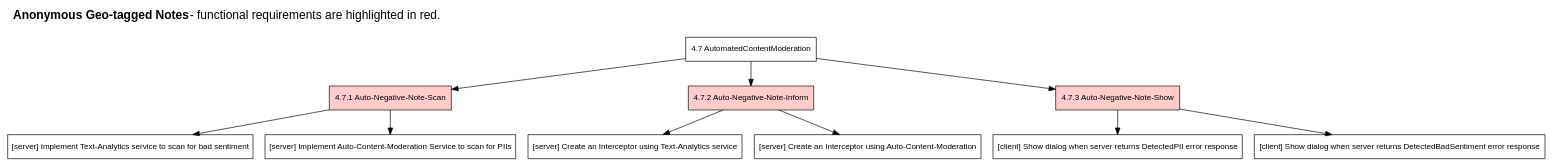
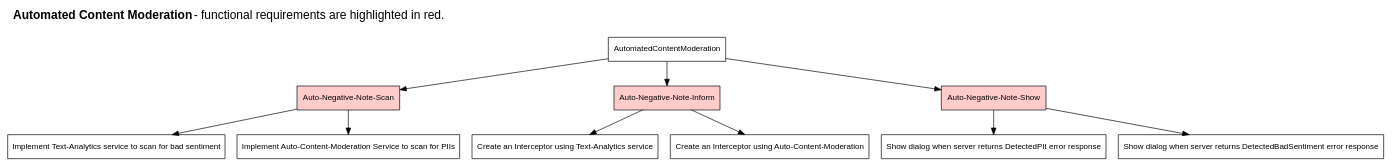
Before and after one commit to tamaramicevic/Invisible-Ink: the diagram in docs/work_breakdown_structure/sf4.7.dot, drawn with Graphviz. The commit also changed 7 other files, not shown here.

Commit message:
Updated dot files & png files for WBS to remove all [client/[server] additions and any numbers referencing the System Features for readability and consistency

```diff
--- a/docs/work_breakdown_structure/sf4.7.dot
+++ b/docs/work_breakdown_structure/sf4.7.dot
@@ -1,41 +1,41 @@
 /*
 Automated Content Moderation:
 Auto-Negative-Note-Scan:    The server will need to scan the note’s contents to compare 
                             and decide whether it is appropriate enough to store and 
                             display to other users
 
 Auto-Negative-Note-Inform:  The server should inform the client if the content was deemed 
                             inappropriate
 
 Auto-Negative-Note-Show:    The client should inform the user that their note was not uploaded 
                             due to the note’s content containing inappropriate content
 */
 
 digraph
 {
     fontsize = 18
     fontname = Arial
     labelloc = "t"
     labeljust = "l"
     rankdir="TB"
 
     // System feature title
-    label = <<b>Anonymous Geo-tagged Notes</b> - functional requirements are highlighted in red.<br/><br/>>
+    label = <<b>Automated Content Moderation</b> - functional requirements are highlighted in red.<br/><br/>>
 
     overlap="compress"
-    node [shape=record fontname=Arial fontsize=12 fillcolor="lightblue"] "4.7 AutomatedContentModeration";  // System Reqs
+    node [shape=record fontname=Arial fontsize=12 fillcolor="lightblue"] "AutomatedContentModeration";  // System Reqs
     node [style=filled fillcolor="#FFCCCC"]
-    "4.7.1 Auto-Negative-Note-Scan" 
-    "4.7.2 Auto-Negative-Note-Inform" 
-    "4.7.3 Auto-Negative-Note-Show";                              
-    "4.7 AutomatedContentModeration" -> "4.7.1 Auto-Negative-Note-Scan";
-    "4.7 AutomatedContentModeration" -> "4.7.2 Auto-Negative-Note-Inform";
-    "4.7 AutomatedContentModeration" -> "4.7.3 Auto-Negative-Note-Show";
+    "Auto-Negative-Note-Scan" 
+    "Auto-Negative-Note-Inform" 
+    "Auto-Negative-Note-Show";                              
+    "AutomatedContentModeration" -> "Auto-Negative-Note-Scan";
+    "AutomatedContentModeration" -> "Auto-Negative-Note-Inform";
+    "AutomatedContentModeration" -> "Auto-Negative-Note-Show";
     node [fillcolor="#FFFFFF"]
-    "4.7.1 Auto-Negative-Note-Scan" -> "[server] Implement Text-Analytics service to scan for bad sentiment"
-    "4.7.1 Auto-Negative-Note-Scan" -> "[server] Implement Auto-Content-Moderation Service to scan for PIIs"
-    "4.7.2 Auto-Negative-Note-Inform" -> "[server] Create an Interceptor using Text-Analytics service"
-    "4.7.2 Auto-Negative-Note-Inform" -> "[server] Create an Interceptor using Auto-Content-Moderation"
-    "4.7.3 Auto-Negative-Note-Show" -> "[client] Show dialog when server returns DetectedPII error response"
-    "4.7.3 Auto-Negative-Note-Show" -> "[client] Show dialog when server returns DetectedBadSentiment error response"
+    "Auto-Negative-Note-Scan" -> "Implement Text-Analytics service to scan for bad sentiment"
+    "Auto-Negative-Note-Scan" -> "Implement Auto-Content-Moderation Service to scan for PIIs"
+    "Auto-Negative-Note-Inform" -> "Create an Interceptor using Text-Analytics service"
+    "Auto-Negative-Note-Inform" -> "Create an Interceptor using Auto-Content-Moderation"
+    "Auto-Negative-Note-Show" -> "Show dialog when server returns DetectedPII error response"
+    "Auto-Negative-Note-Show" -> "Show dialog when server returns DetectedBadSentiment error response"
 }
```
